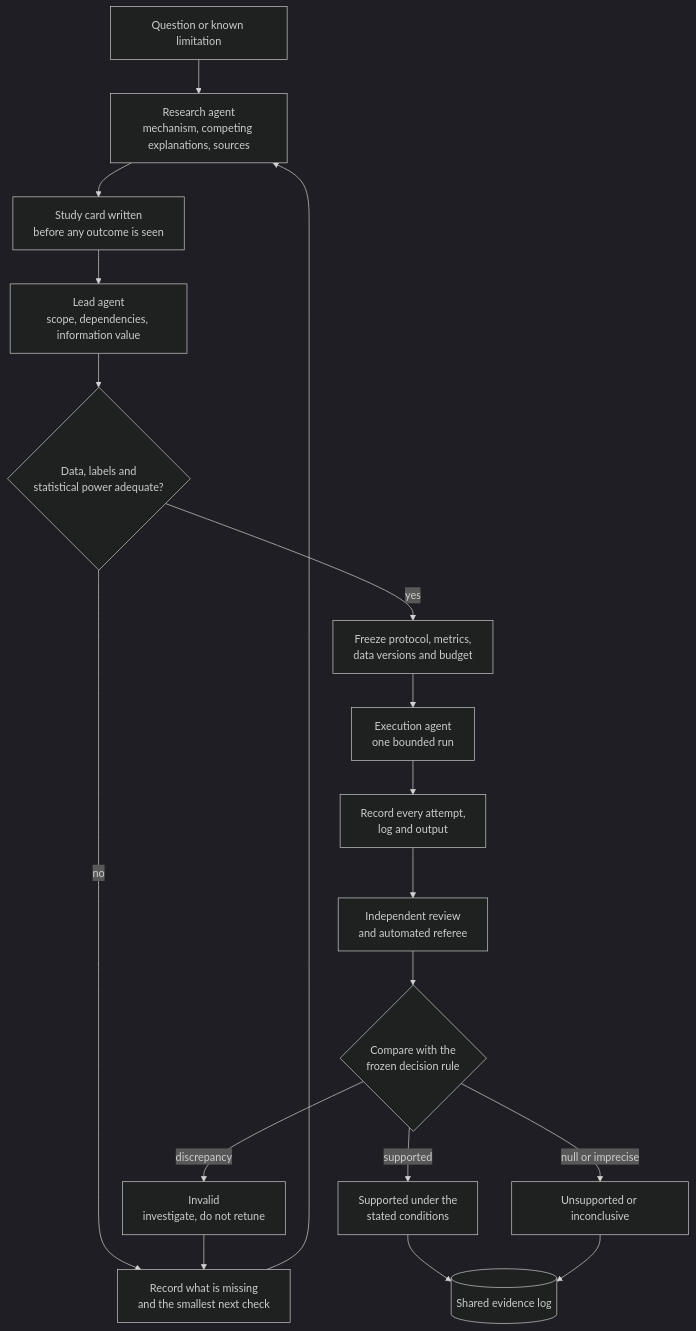
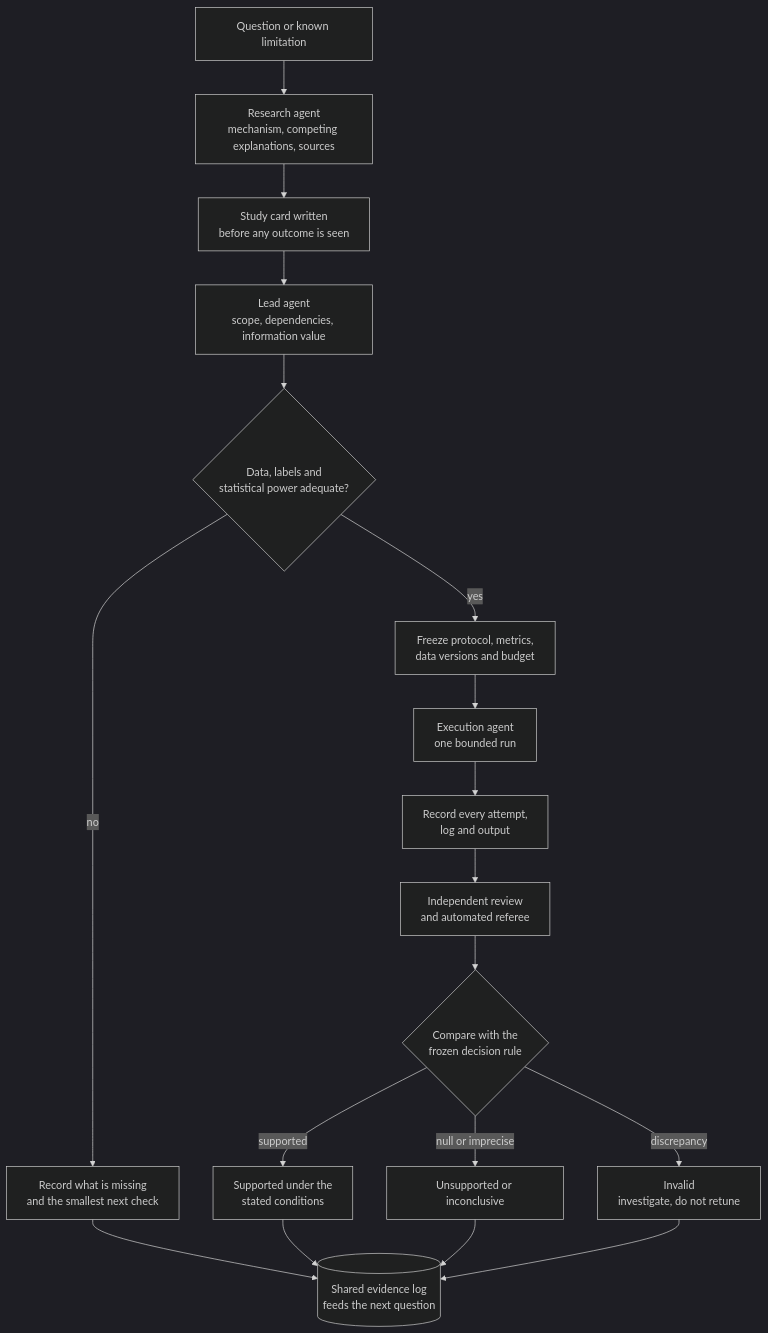
Before and after one commit to nicholas-yi/chronoledger: the diagram in docs/RESEARCH_PLAN.md, drawn with Mermaid (dark theme).

Commit message:
Make the research-plan diagram acyclic for GitHub rendering

````diff
--- a/docs/RESEARCH_PLAN.md
+++ b/docs/RESEARCH_PLAN.md
@@ -15,20 +15,20 @@
 ```mermaid
 flowchart TD
     question["Question or known limitation"] --> research["Research agent<br/>mechanism, competing explanations, sources"]
     research --> card["Study card written<br/>before any outcome is seen"]
     card --> scope["Lead agent<br/>scope, dependencies, information value"]
     scope --> ready{"Data, labels and<br/>statistical power adequate?"}
     ready -->|no| gap["Record what is missing<br/>and the smallest next check"]
-    gap --> research
     ready -->|yes| freeze["Freeze protocol, metrics,<br/>data versions and budget"]
     freeze --> run["Execution agent<br/>one bounded run"]
     run --> record["Record every attempt,<br/>log and output"]
     record --> review["Independent review<br/>and automated referee"]
     review --> verdict{"Compare with the<br/>frozen decision rule"}
     verdict -->|supported| supported["Supported under the<br/>stated conditions"]
     verdict -->|null or imprecise| unsupported["Unsupported or inconclusive"]
     verdict -->|discrepancy| invalid["Invalid<br/>investigate, do not retune"]
-    invalid --> gap
-    supported --> evidence[("Shared evidence log")]
+    gap --> evidence[("Shared evidence log<br/>feeds the next question")]
+    supported --> evidence
     unsupported --> evidence
+    invalid --> evidence
 ```
````
